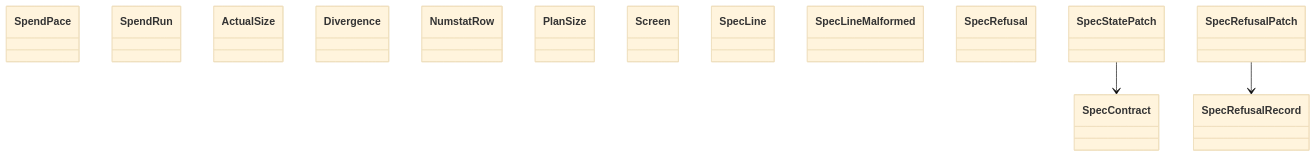
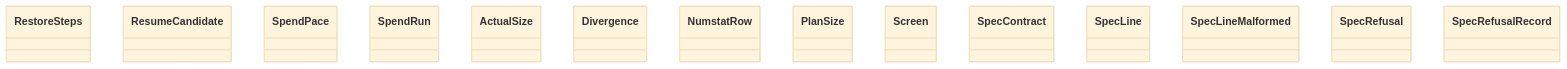
The diagram in docs/architecture/generated/classes-process-domain-state-3.md (GonzaloZevallos/agentic-system), drawn with Mermaid (base theme) before and after one commit. The commit also changed other lines of this file and 18 other files, not shown here.

Commit message:
Add classify, the drawing_checks record and its persistence, and regenerate the architecture docs

````diff
--- a/docs/architecture/generated/classes-process-domain-state-3.md
+++ b/docs/architecture/generated/classes-process-domain-state-3.md
@@ -30,19 +30,17 @@
 ```mermaid
 classDiagram
+    class rules__RestoreSteps["RestoreSteps"]
+    class rules__ResumeCandidate["ResumeCandidate"]
     class rules__SpendPace["SpendPace"]
     class rules__SpendRun["SpendRun"]
     class size_budget__ActualSize["ActualSize"]
     class size_budget__Divergence["Divergence"]
     class size_budget__NumstatRow["NumstatRow"]
     class size_budget__PlanSize["PlanSize"]
     class spec_delivery__Screen["Screen"]
     class spec_delivery__SpecContract["SpecContract"]
     class spec_delivery__SpecLine["SpecLine"]
     class spec_delivery__SpecLineMalformed["SpecLineMalformed"]
     class spec_delivery__SpecRefusal["SpecRefusal"]
     class spec_delivery__SpecRefusalRecord["SpecRefusalRecord"]
-    class spec_delivery__SpecStatePatch["SpecStatePatch"]
-    class spec_route__SpecRefusalPatch["SpecRefusalPatch"]
-    spec_delivery__SpecStatePatch --> spec_delivery__SpecContract
-    spec_route__SpecRefusalPatch --> spec_delivery__SpecRefusalRecord
 ```
````
